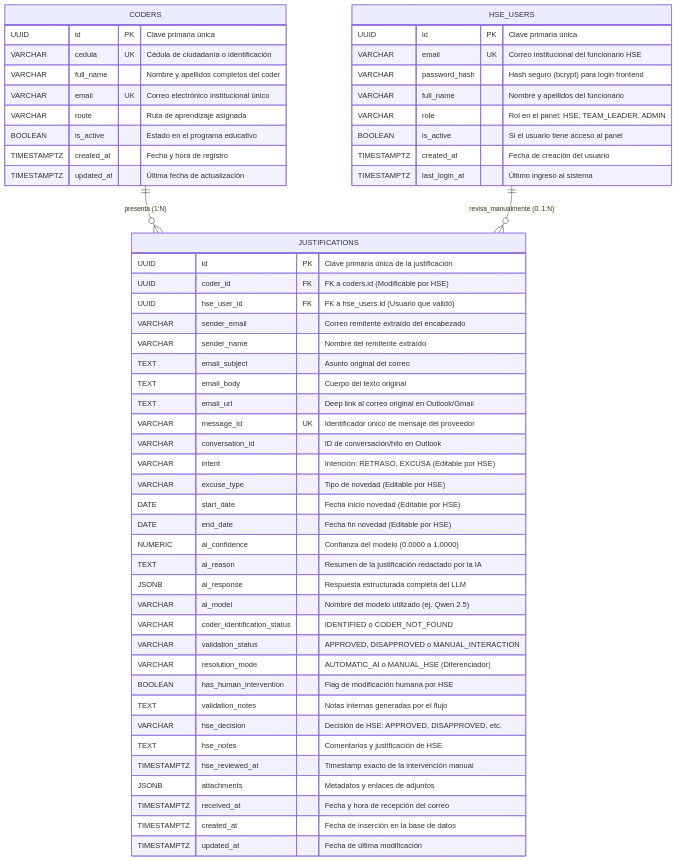
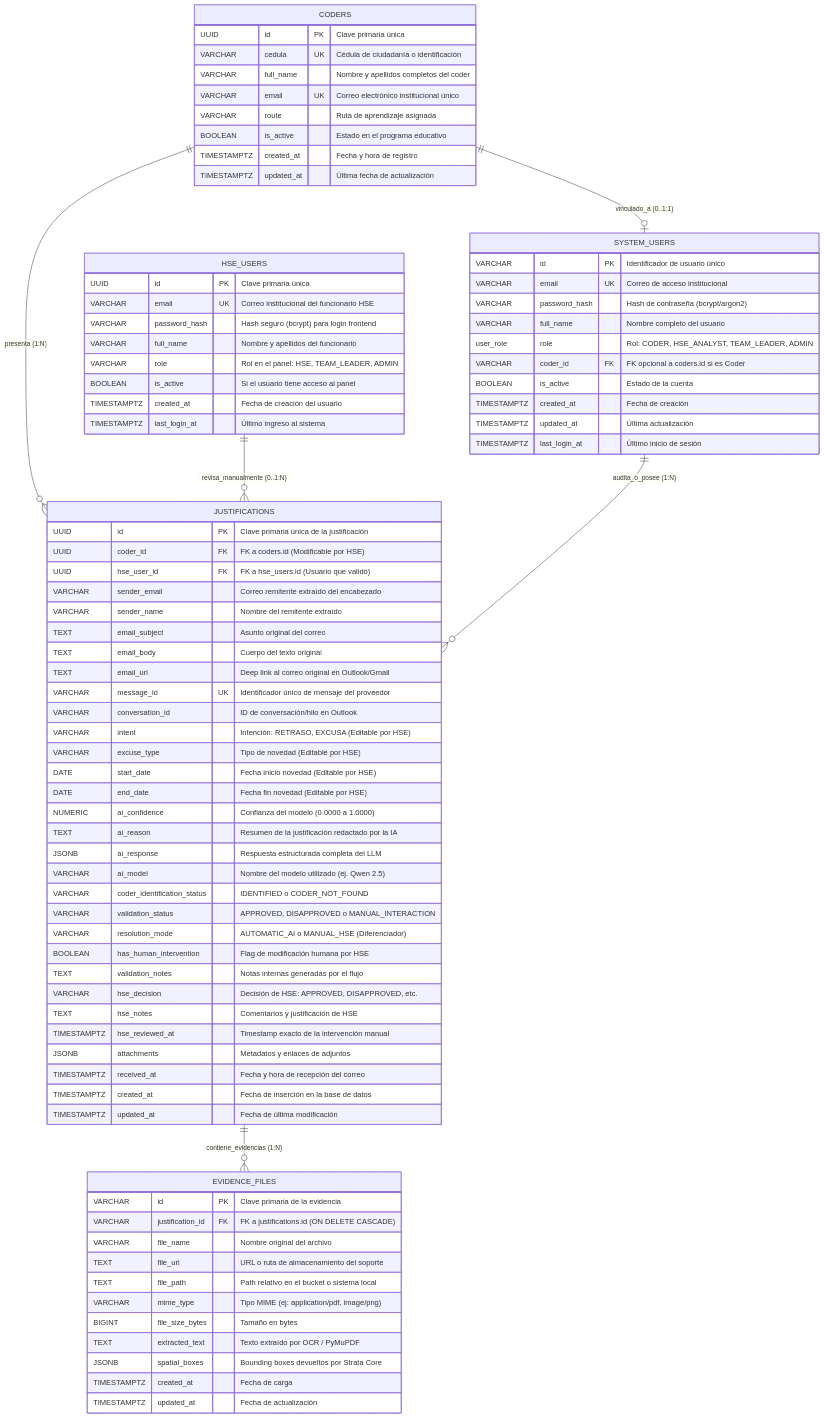
The first of 3 diagrams in database_documentation.md (estebanp26/Email-Automation), drawn with Mermaid before and after one commit. The commit also changed other lines of this file and 5 other files, not shown here.

````diff
--- a/database_documentation.md
+++ b/database_documentation.md
@@ -100,7 +101,10 @@
 ```mermaid
 erDiagram
     CODERS ||--o{ JUSTIFICATIONS : "presenta (1:N)"
+    CODERS ||--o| SYSTEM_USERS : "vinculado_a (0..1:1)"
     HSE_USERS ||--o{ JUSTIFICATIONS : "revisa_manualmente (0..1:N)"
+    JUSTIFICATIONS ||--o{ EVIDENCE_FILES : "contiene_evidencias (1:N)"
+    SYSTEM_USERS ||--o{ JUSTIFICATIONS : "audita_o_posee (1:N)"
 
     CODERS {
         UUID id PK "Clave primaria única"
@@ -122,6 +126,34 @@
         BOOLEAN is_active "Si el usuario tiene acceso al panel"
         TIMESTAMPTZ created_at "Fecha de creación del usuario"
         TIMESTAMPTZ last_login_at "Último ingreso al sistema"
+    }
+
+
+    SYSTEM_USERS {
+        VARCHAR id PK "Identificador de usuario único"
+        VARCHAR email UK "Correo de acceso institucional"
+        VARCHAR password_hash "Hash de contraseña (bcrypt/argon2)"
+        VARCHAR full_name "Nombre completo del usuario"
+        user_role role "Rol: CODER, HSE_ANALYST, TEAM_LEADER, ADMIN"
+        VARCHAR coder_id FK "FK opcional a coders.id si es Coder"
+        BOOLEAN is_active "Estado de la cuenta"
+        TIMESTAMPTZ created_at "Fecha de creación"
+        TIMESTAMPTZ updated_at "Última actualización"
+        TIMESTAMPTZ last_login_at "Último inicio de sesión"
+    }
+
+    EVIDENCE_FILES {
+        VARCHAR id PK "Clave primaria de la evidencia"
+        VARCHAR justification_id FK "FK a justifications.id (ON DELETE CASCADE)"
+        VARCHAR file_name "Nombre original del archivo"
+        TEXT file_url "URL o ruta de almacenamiento del soporte"
+        TEXT file_path "Path relativo en el bucket o sistema local"
+        VARCHAR mime_type "Tipo MIME (ej: application/pdf, image/png)"
+        BIGINT file_size_bytes "Tamaño en bytes"
+        TEXT extracted_text "Texto extraído por OCR / PyMuPDF"
+        JSONB spatial_boxes "Bounding boxes devueltos por Strata Core"
+        TIMESTAMPTZ created_at "Fecha de carga"
+        TIMESTAMPTZ updated_at "Fecha de actualización"
     }
 
     JUSTIFICATIONS {
````
